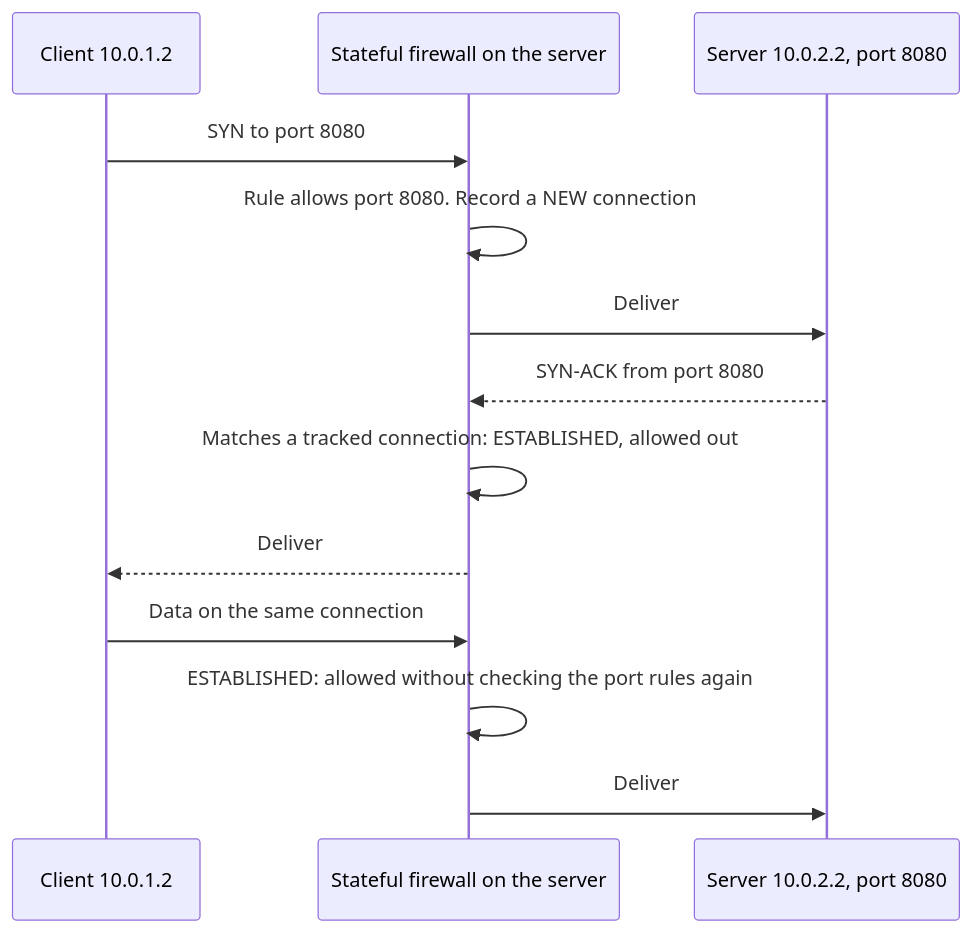
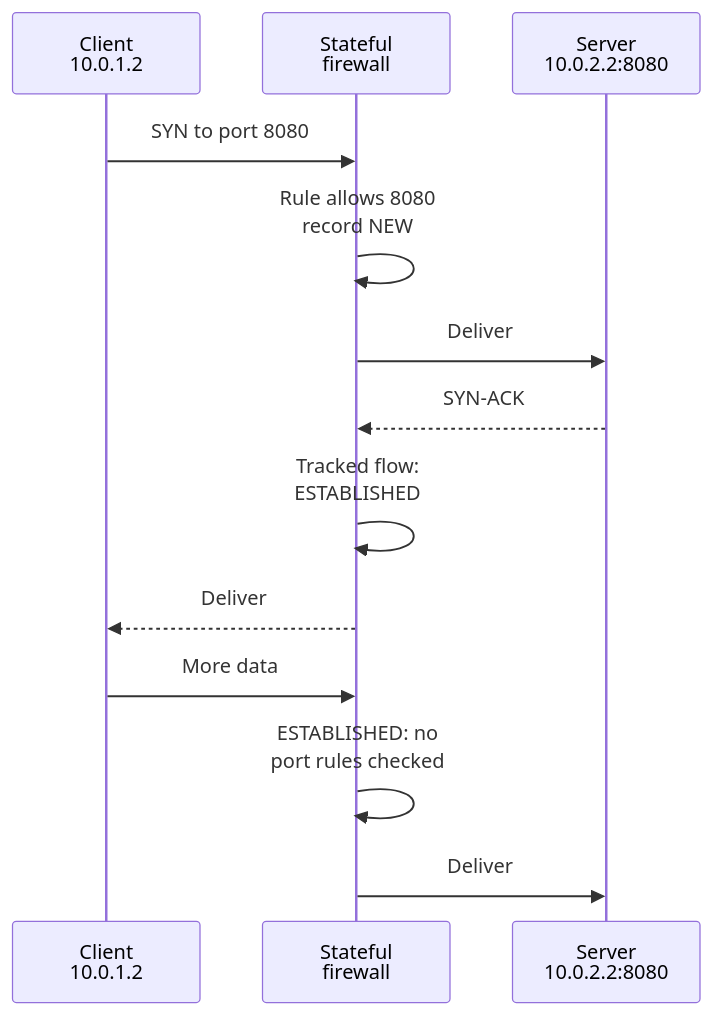
Before and after one commit to alfinwilliam/devops-notes: the first of 2 diagrams in docs/networking/firewalls.md, drawn with Mermaid. The commit also changed 17 other files, not shown here.

First line of the commit message:
diagrams: fix every diagram that was shrunk below readable size

````diff
--- a/docs/networking/firewalls.md
+++ b/docs/networking/firewalls.md
@@ -30,15 +30,15 @@
 ```mermaid
 sequenceDiagram
-    participant C as Client 10.0.1.2
-    participant F as Stateful firewall on the server
-    participant S as Server 10.0.2.2, port 8080
+    participant C as Client<br/>10.0.1.2
+    participant F as Stateful<br/>firewall
+    participant S as Server<br/>10.0.2.2:8080
     C->>F: SYN to port 8080
-    F->>F: Rule allows port 8080. Record a NEW connection
+    F->>F: Rule allows 8080<br/>record NEW
     F->>S: Deliver
-    S-->>F: SYN-ACK from port 8080
-    F->>F: Matches a tracked connection: ESTABLISHED, allowed out
+    S-->>F: SYN-ACK
+    F->>F: Tracked flow:<br/>ESTABLISHED
     F-->>C: Deliver
-    C->>F: Data on the same connection
-    F->>F: ESTABLISHED: allowed without checking the port rules again
+    C->>F: More data
+    F->>F: ESTABLISHED: no<br/>port rules checked
     F->>S: Deliver
 ```
````
